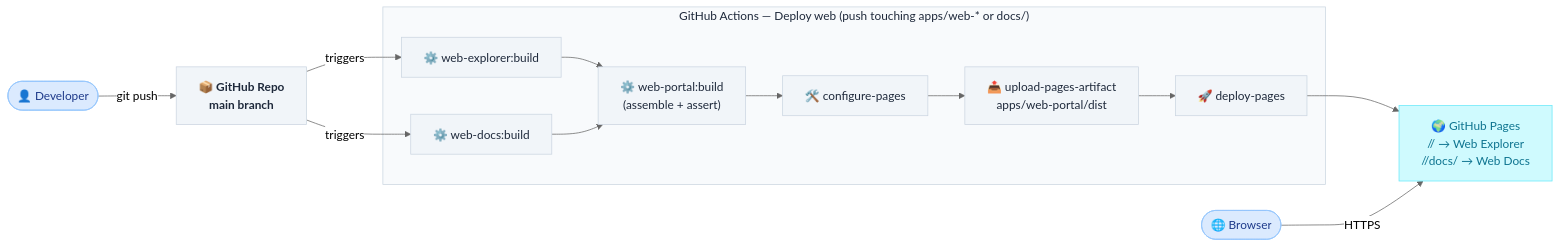
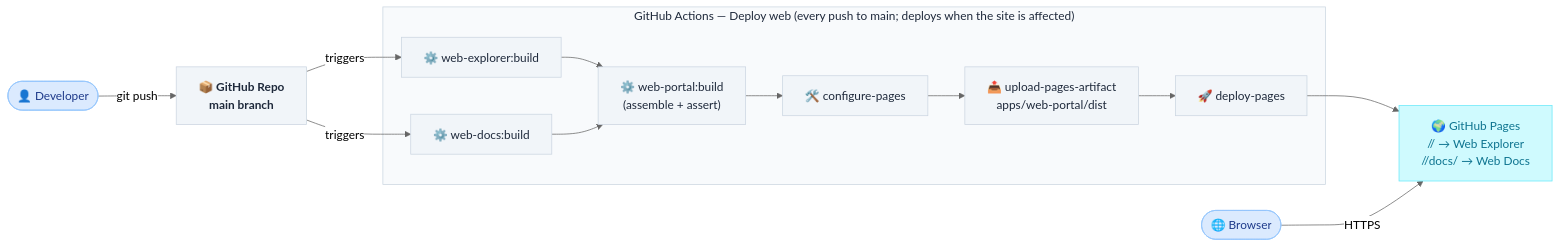
Before and after one commit to DataArt/artisyn-implementation-harness: the diagram in docs/Target Architecture (HLD)/v1/System Overview.md, drawn with Mermaid (neutral theme). The commit also changed 7 other files, not shown here.

First line of the commit message:
docs(ci): describe Deploy web as affected-driven with a skip when the site is not built

````diff
--- a/docs/Target Architecture (HLD)/v1/System Overview.md
+++ b/docs/Target Architecture (HLD)/v1/System Overview.md
@@ -31,34 +31,34 @@
 ```mermaid
 flowchart LR
     Dev(["👤 Developer"]):::client
     Browser(["🌐 Browser"]):::client
 
     GH["📦 GitHub Repo\nmain branch"]:::repo
 
-    subgraph CI_BOX ["  GitHub Actions — Deploy web (push touching apps/web-* or docs/)  "]
+    subgraph CI_BOX ["  GitHub Actions — Deploy web (every push to main; deploys when the site is affected)  "]
         EXP_BUILD["⚙️ web-explorer:build"]:::ci
         DOCS_BUILD["⚙️ web-docs:build"]:::ci
         PORTAL_BUILD["⚙️ web-portal:build\n(assemble + assert)"]:::ci
         CFGP["🛠️ configure-pages"]:::ci
         UPLOAD["📤 upload-pages-artifact\napps/web-portal/dist"]:::ci
         DEPLOY["🚀 deploy-pages"]:::ci
     end
 
     PAGES["🌍 GitHub Pages\n/<repo>/ → Web Explorer\n/<repo>/docs/ → Web Docs"]:::pages
 
     Dev -->|"git push"| GH
     GH -->|"triggers"| EXP_BUILD
     GH -->|"triggers"| DOCS_BUILD
     EXP_BUILD --> PORTAL_BUILD
     DOCS_BUILD --> PORTAL_BUILD
     PORTAL_BUILD --> CFGP --> UPLOAD --> DEPLOY
     DEPLOY --> PAGES
     Browser -->|"HTTPS"| PAGES
 
     classDef client fill:#DBEAFE,stroke:#93C5FD,color:#1E3A8A
     classDef repo   fill:#F1F5F9,stroke:#CBD5E1,color:#1E293B,font-weight:bold
     classDef ci     fill:#F1F5F9,stroke:#CBD5E1,color:#1E293B
     classDef pages  fill:#CFFAFE,stroke:#67E8F9,color:#0E7490
 
     style CI_BOX fill:#F8FAFC,stroke:#CBD5E1,color:#1E293B
 ```
````
